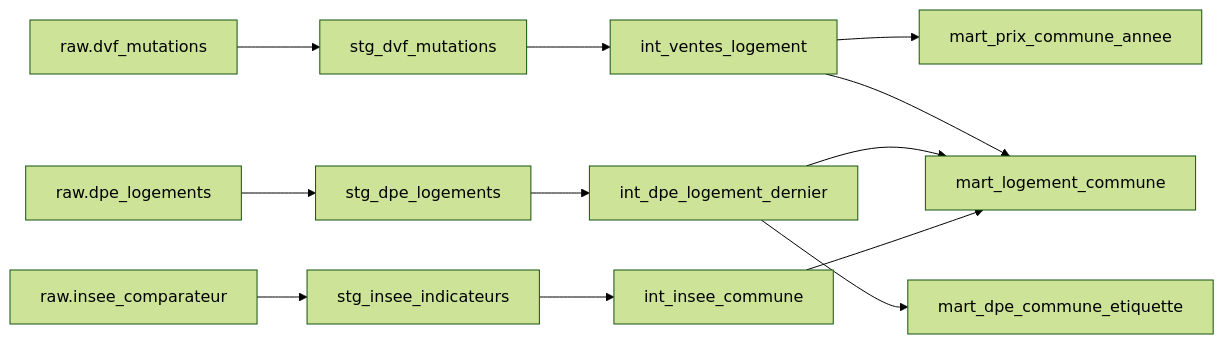
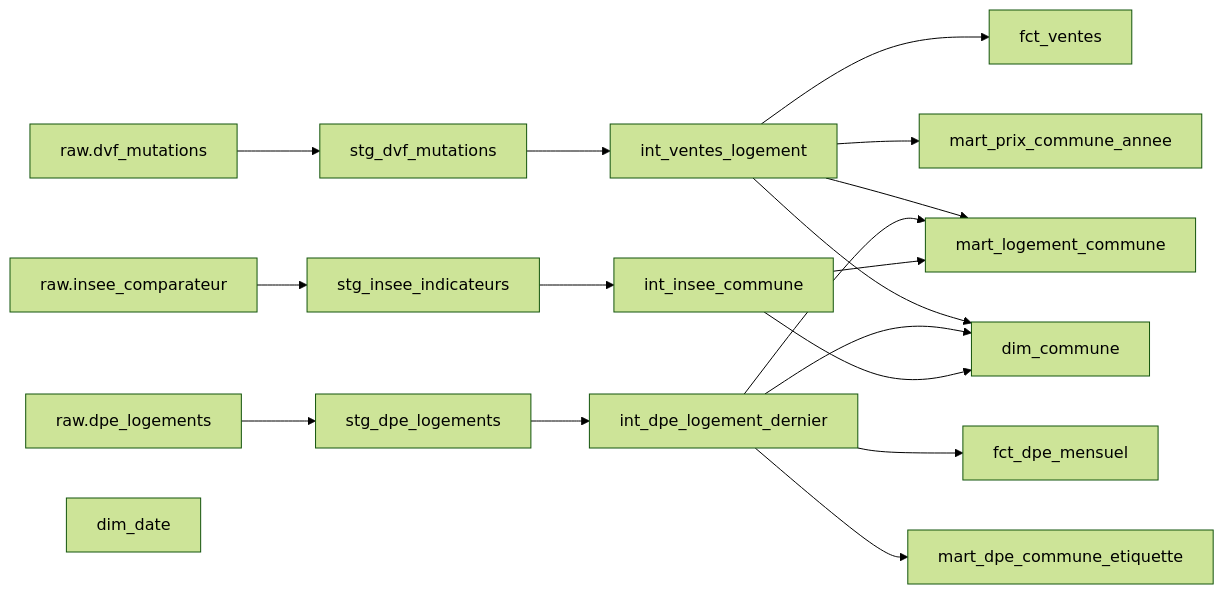
One commit to YvesRollandBoa/open-data-logement changed the second of 3 diagrams in README.md. Above: the diagram before and after it, drawn with Mermaid (forest theme). The commit also changed other lines of this file, not shown here.

Commit message:
docs: README a jour, schema en etoile complet et correction MEDIAN

````diff
--- a/README.md
+++ b/README.md
@@ -88,9 +89,13 @@
 ```mermaid
 flowchart LR
     R1[raw.dvf_mutations] --> S1[stg_dvf_mutations] --> I1[int_ventes_logement]
     R2[raw.dpe_logements] --> S2[stg_dpe_logements] --> I2[int_dpe_logement_dernier]
     R3[raw.insee_comparateur] --> S3[stg_insee_indicateurs] --> I3[int_insee_commune]
+    I1 --> F1[fct_ventes]
     I1 --> M1[mart_prix_commune_annee]
+    I2 --> F2[fct_dpe_mensuel]
+    I2 --> M3[mart_dpe_commune_etiquette]
     I1 & I2 & I3 --> M2[mart_logement_commune]
-    I2 --> M3[mart_dpe_commune_etiquette]
+    I1 & I2 & I3 --> D2[dim_commune]
+    D1[dim_date]
 ```
````
